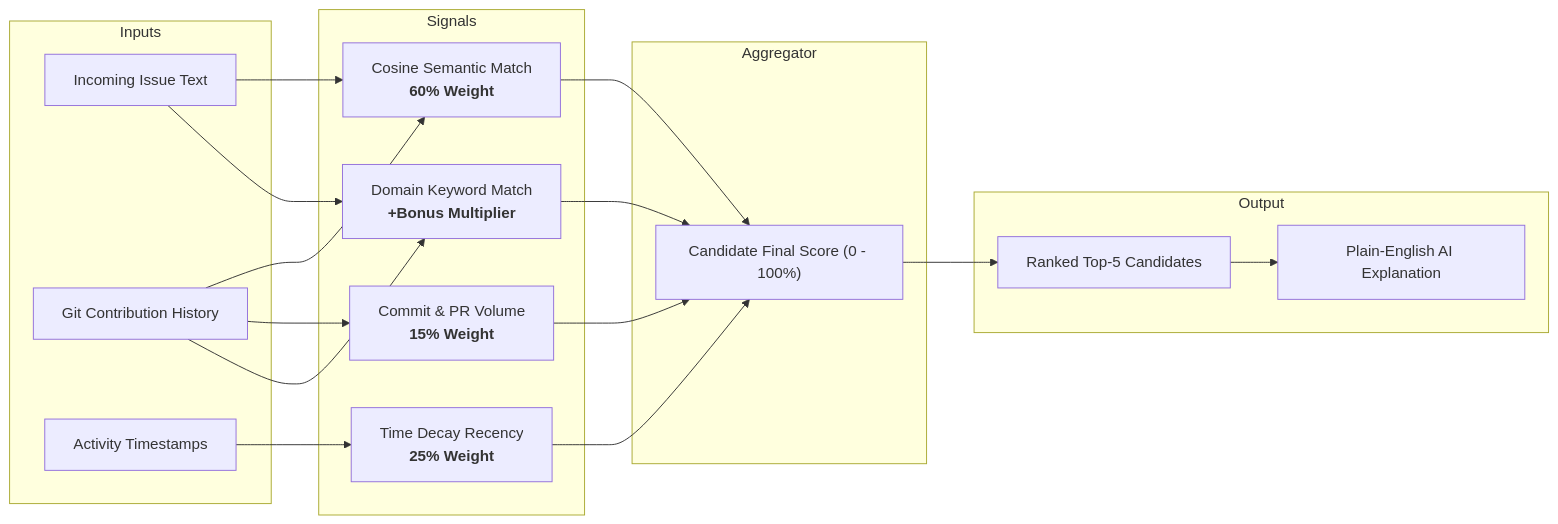
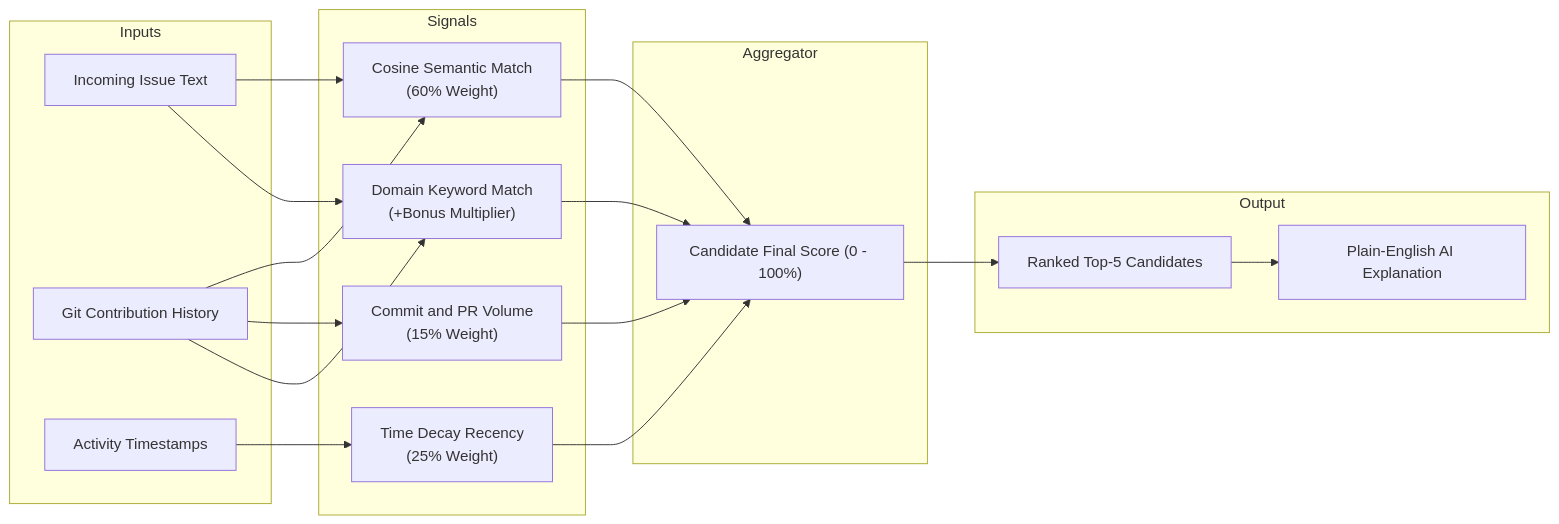
One commit to ayushbin07/AI-Based-OSS-Developer-Recommendation---Issue-Assignment changed the second of 3 diagrams in README.md. Above: the diagram before and after it, drawn with Mermaid. The commit also changed other lines of this file, not shown here.

Commit message:
docs: update architecture diagram labels and formatting in README

````diff
--- a/README.md
+++ b/README.md
@@ -185,39 +186,39 @@
 ```mermaid
 graph LR
     subgraph Inputs
         A["Incoming Issue Text"]
         B["Git Contribution History"]
         C["Activity Timestamps"]
     end
 
     subgraph Signals
-        D["Cosine Semantic Match<br/><b>60% Weight</b>"]
-        E["Time Decay Recency<br/><b>25% Weight</b>"]
-        F["Commit & PR Volume<br/><b>15% Weight</b>"]
-        G["Domain Keyword Match<br/><b>+Bonus Multiplier</b>"]
+        D["Cosine Semantic Match<br/>(60% Weight)"]
+        E["Time Decay Recency<br/>(25% Weight)"]
+        F["Commit and PR Volume<br/>(15% Weight)"]
+        G["Domain Keyword Match<br/>(+Bonus Multiplier)"]
     end
 
     subgraph Aggregator
         H["Candidate Final Score (0 - 100%)"]
     end
 
     subgraph Output
         I["Ranked Top-5 Candidates"]
         J["Plain-English AI Explanation"]
     end
 
     A --> D
     B --> D
     C --> E
     B --> F
     A --> G
     B --> G
 
     D --> H
     E --> H
     F --> H
     G --> H
 
     H --> I
     I --> J
 ```
````
